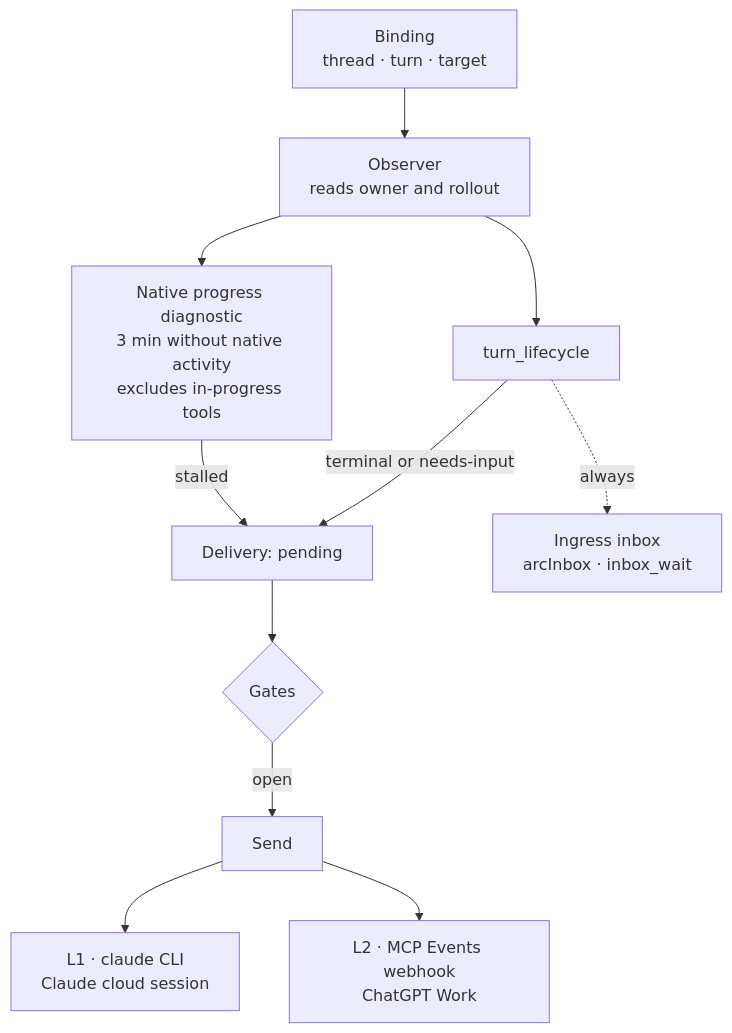
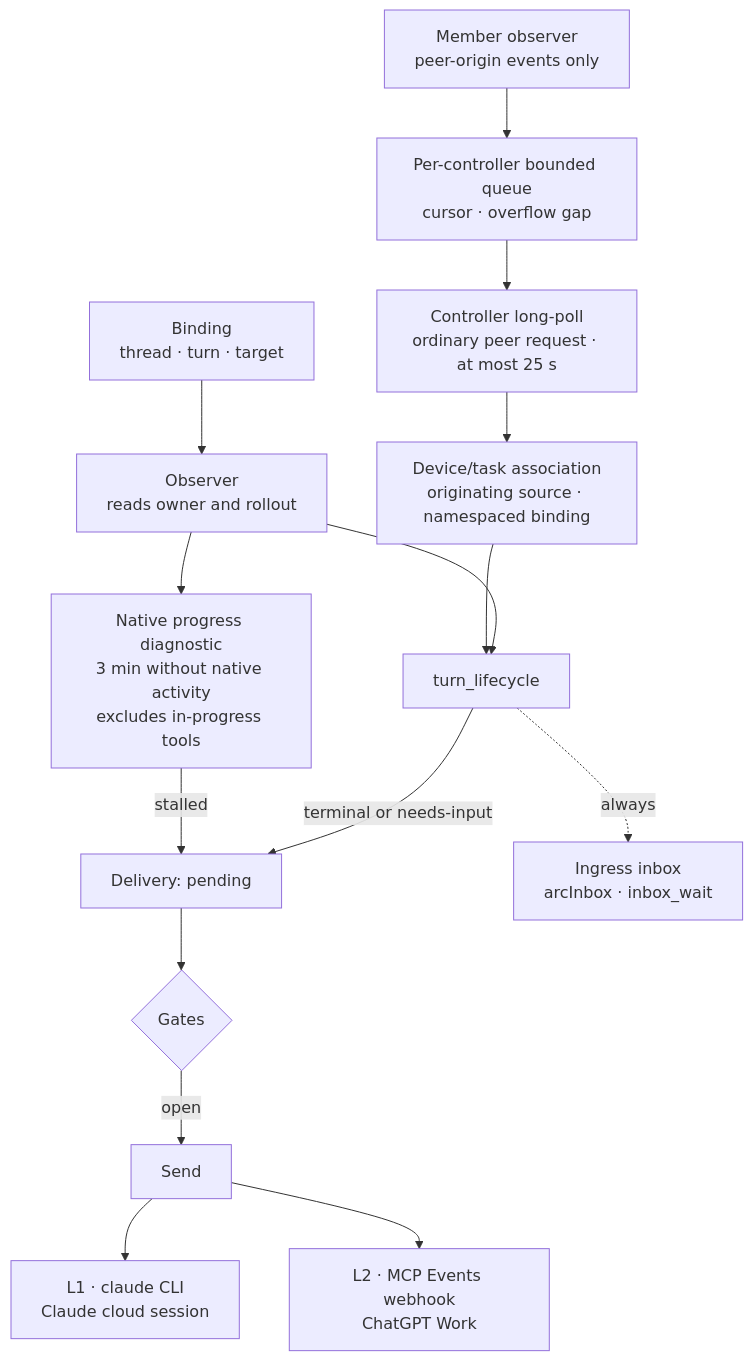
The diagram in arch/mechanisms/notification-flow.mmd (whzxc/agent-remote-control), drawn with Mermaid before and after one commit. The commit also changed 19 other files, not shown here.

Commit message:
feat(device-link): deliver member task events through controller

```diff
--- a/arch/mechanisms/notification-flow.mmd
+++ b/arch/mechanisms/notification-flow.mmd
@@ -1,15 +1,19 @@
 %% Notification flow (layer 2): from binding to L1/L2 delivery and the ingress inbox.
 %% Index and code mapping: docs/dev/arch-assets.md
 flowchart TB
   bind["Binding<br/>thread · turn · target"] --> observe["Observer<br/>reads owner and rollout"]
+  member["Member observer<br/>peer-origin events only"] --> queue["Per-controller bounded queue<br/>cursor · overflow gap"]
+  queue --> poll["Controller long-poll<br/>ordinary peer request · at most 25 s"]
+  poll --> association["Device/task association<br/>originating source · namespaced binding"]
+  association --> lifecycle
   observe --> lifecycle["turn_lifecycle"]
   observe --> progress["Native progress diagnostic<br/>3 min without native activity<br/>excludes in-progress tools"]
   progress -->|"stalled"| delivery
   lifecycle -->|"terminal or needs-input"| delivery["Delivery: pending"]
   lifecycle -.->|"always"| inbox["Ingress inbox<br/>arcInbox · inbox_wait"]
   delivery --> gates{"Gates"}
   gates -->|"open"| send["Send"]
   send --> cli["L1 · claude CLI<br/>Claude cloud session"]
   send --> webhook["L2 · MCP Events webhook<br/>ChatGPT Work"]
   class observe gap
   class progress uncertain
```
